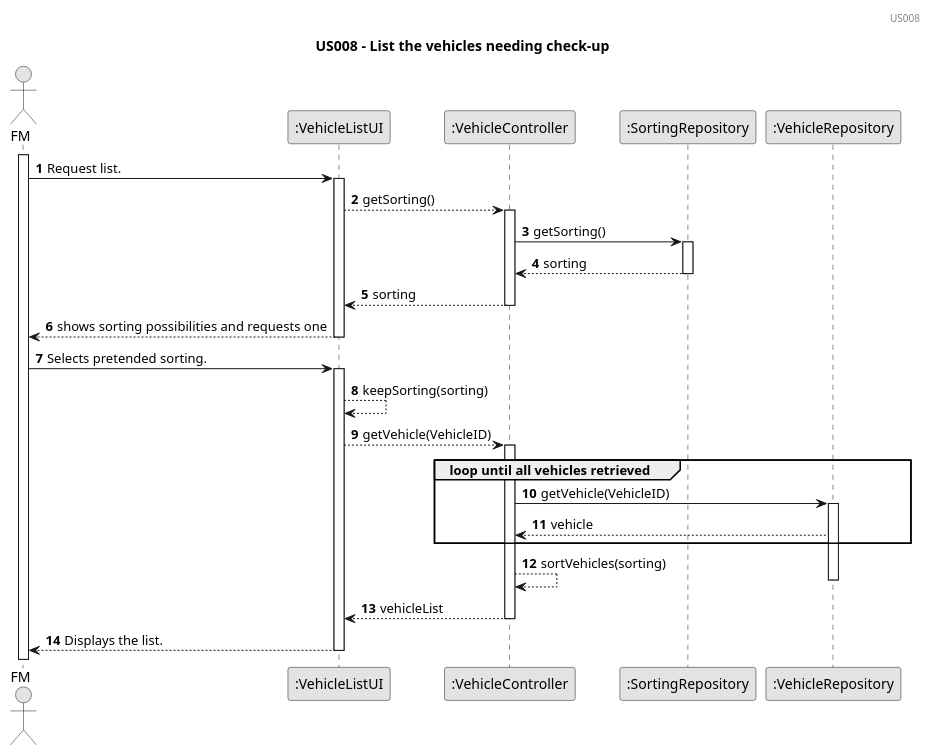
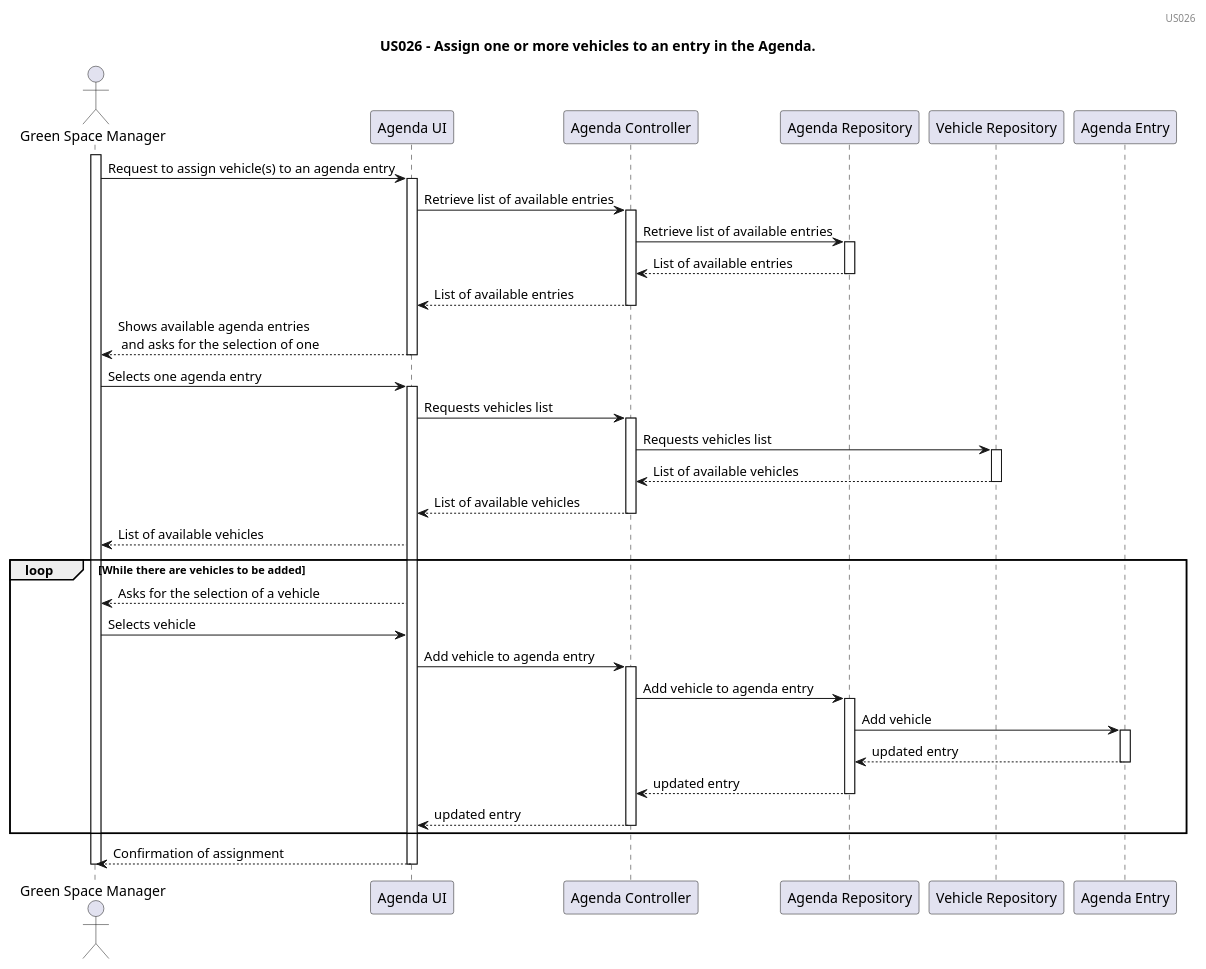
Before and after one commit to rpedros02/lei-24-s2-1DL-g08: the diagram in docs/sprintC/us026/03.design/puml/us026-sequence-diagram-full.puml, drawn with PlantUML. The commit also changed 38 other files, not shown here.

```diff
--- a/docs/sprintC/us026/03.design/puml/us026-sequence-diagram-full.puml
+++ b/docs/sprintC/us026/03.design/puml/us026-sequence-diagram-full.puml
@@ -1,47 +1,64 @@
 @startuml
-skinparam monochrome true
-skinparam packageStyle rectangle
-skinparam shadowing false
+actor "Green Space Manager" as gsm
+participant "Agenda UI" as AgendaUI
+participant "Agenda Controller" as AgendaController
+participant "Agenda Repository" as AgendaRepo
+participant "Vehicle Repository" as VehicleRepo
+participant "Agenda Entry" as AgendaEntry
+title US026 - Assign one or more vehicles to an entry in the Agenda.
+header US026
+activate gsm
 
-title US008 - List the vehicles needing check-up
-header US008
-autonumber
-
-actor "FM" as fm
-participant ":VehicleListUI" as ui
-participant ":VehicleController" as vc
-participant ":SortingRepository" as sr
-participant ":VehicleRepository" as vr
-
-activate fm
-    fm -> ui : Request list.
-    activate ui
-        ui --> vc : getSorting()
-        activate vc
-        vc -> sr : getSorting()
-            activate sr
-            sr --> vc : sorting
-            deactivate sr
-        vc --> ui : sorting
-        deactivate vc
-    ui --> fm : shows sorting possibilities and requests one
-    deactivate ui
-    fm -> ui : Selects pretended sorting.
-    activate ui
-        ui --> ui : keepSorting(sorting)
-        ui --> vc : getVehicle(VehicleID)
-        activate vc
-            group loop until all vehicles retrieved
-                vc -> vr : getVehicle(VehicleID)
-                activate vr
-                vr --> vc : vehicle
-                end
-                vc --> vc : sortVehicles(sorting)
-                deactivate vr
-            vc --> ui : vehicleList
-        deactivate vc
-        ui --> fm : Displays the list.
-    deactivate ui
+gsm -> AgendaUI : Request to assign vehicle(s) to an agenda entry
+activate AgendaUI
+AgendaUI -> AgendaController : Retrieve list of available entries
+activate AgendaController
+AgendaController -> AgendaRepo : Retrieve list of available entries
+activate AgendaRepo
+AgendaRepo --> AgendaController : List of available entries
+deactivate AgendaRepo
+AgendaController --> AgendaUI : List of available entries
+deactivate AgendaController
+AgendaUI --> gsm : Shows available agenda entries\n and asks for the selection of one
+deactivate AgendaUI
+gsm -> AgendaUI : Selects one agenda entry
+activate AgendaUI
+AgendaUI -> AgendaController : Requests vehicles list
+activate AgendaController
+AgendaController -> VehicleRepo : Requests vehicles list
+activate VehicleRepo
+VehicleRepo --> AgendaController : List of available vehicles
+deactivate VehicleRepo
+deactivate AgendaRepo
+AgendaController --> AgendaUI : List of available vehicles
+deactivate AgendaController
 
 
+AgendaUI --> gsm : List of available vehicles
+deactivate AgendaController
+
+
+loop While there are vehicles to be added
+AgendaUI --> gsm : Asks for the selection of a vehicle
+
+gsm -> AgendaUI : Selects vehicle
+
+AgendaUI -> AgendaController : Add vehicle to agenda entry
+activate AgendaController
+AgendaController -> AgendaRepo : Add vehicle to agenda entry
+activate AgendaRepo
+AgendaRepo -> AgendaEntry : Add vehicle
+activate AgendaEntry
+AgendaEntry --> AgendaRepo : updated entry
+deactivate AgendaEntry
+AgendaRepo --> AgendaController : updated entry
+
+deactivate AgendaRepo
+AgendaController --> AgendaUI : updated entry
+deactivate AgendaController
+end loop
+AgendaUI --> gsm : Confirmation of assignment
+deactivate AgendaUI
+
+deactivate gsm
 @enduml
```
